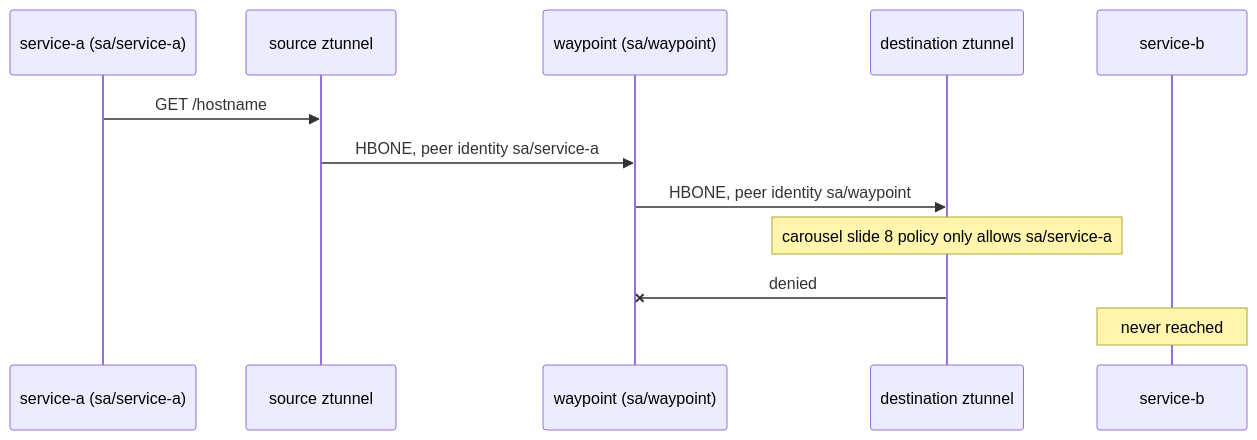
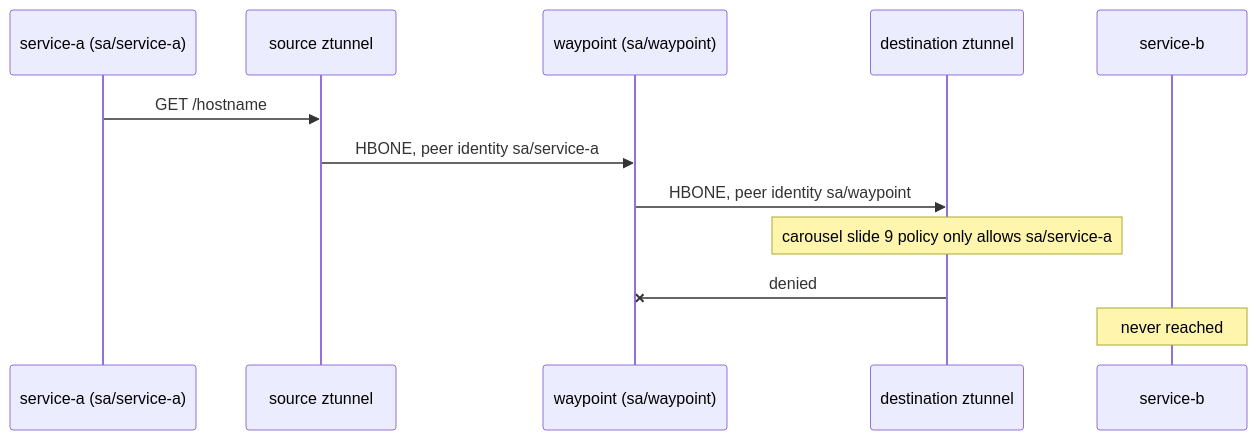
The fourth of 7 diagrams in istio-ambient-lab/README.md (christian-dussol-cloud-native/istio), drawn with Mermaid before and after one commit. The commit also changed other lines of this file and 1 other file, not shown here.

````diff
--- a/istio-ambient-lab/README.md
+++ b/istio-ambient-lab/README.md
@@ -244,14 +244,14 @@
 ```mermaid
 sequenceDiagram
     participant A as service-a (sa/service-a)
     participant Z1 as source ztunnel
     participant W as waypoint (sa/waypoint)
     participant Z2 as destination ztunnel
     participant B as service-b
     A->>Z1: GET /hostname
     Z1->>W: HBONE, peer identity sa/service-a
     W->>Z2: HBONE, peer identity sa/waypoint
-    Note over Z2: carousel slide 8 policy only allows sa/service-a
+    Note over Z2: carousel slide 9 policy only allows sa/service-a
     Z2-xW: denied
     Note over B: never reached
 ```
````
